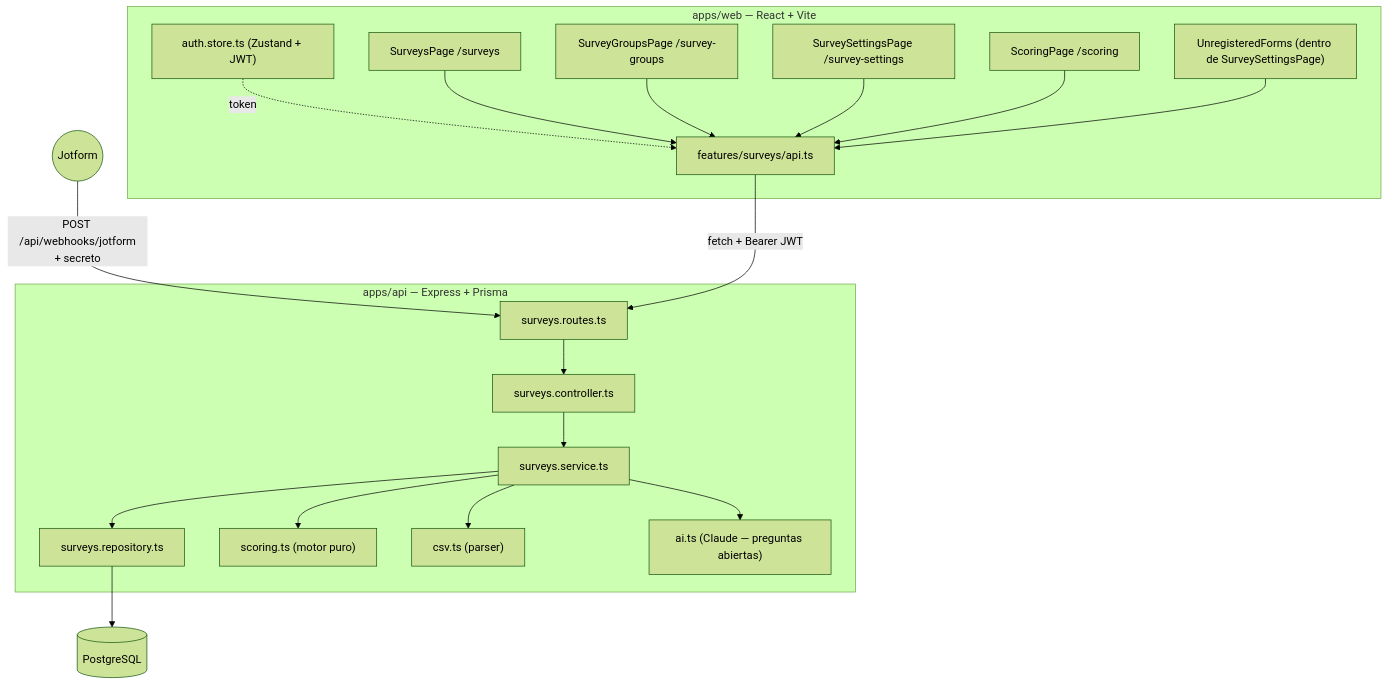
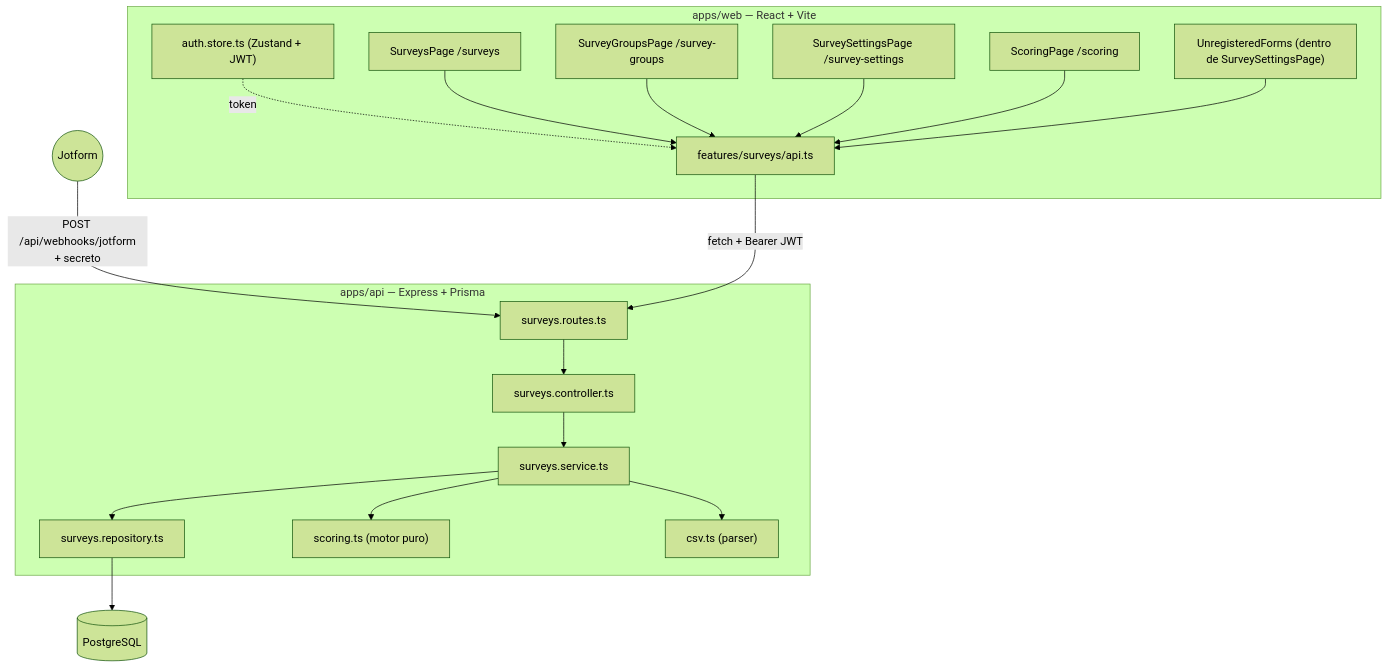
One commit to Gustav0AB/epi-web changed the first of 8 diagrams in docs/evaluaciones-flujo.md. Above: the diagram before and after it, drawn with Mermaid (forest theme). The commit also changed other lines of this file and 57 other files, not shown here.

````diff
--- a/docs/evaluaciones-flujo.md
+++ b/docs/evaluaciones-flujo.md
@@ -16,38 +16,36 @@
 ```mermaid
 graph TD
     subgraph Frontend["apps/web — React + Vite"]
         SurveysPage["SurveysPage /surveys"]
         SurveyGroupsPage["SurveyGroupsPage /survey-groups"]
         SurveySettingsPage["SurveySettingsPage /survey-settings"]
         ScoringPage["ScoringPage /scoring"]
         UnregisteredForms["UnregisteredForms (dentro de SurveySettingsPage)"]
         AuthStore["auth.store.ts (Zustand + JWT)"]
         SurveyApi["features/surveys/api.ts"]
     end
 
     subgraph Backend["apps/api — Express + Prisma"]
         Routes["surveys.routes.ts"]
         Controller["surveys.controller.ts"]
         Service["surveys.service.ts"]
         Repo["surveys.repository.ts"]
         Scoring["scoring.ts (motor puro)"]
         Csv["csv.ts (parser)"]
-        AI["ai.ts (Claude — preguntas abiertas)"]
     end
 
     Jotform((Jotform)) -->|"POST /api/webhooks/jotform<br/>+ secreto"| Routes
     SurveyApi -->|"fetch + Bearer JWT"| Routes
     AuthStore -.token.-> SurveyApi
 
     Routes --> Controller --> Service
     Service --> Scoring
     Service --> Csv
-    Service --> AI
     Service --> Repo --> DB[("PostgreSQL")]
 
     SurveysPage --> SurveyApi
     SurveyGroupsPage --> SurveyApi
     SurveySettingsPage --> SurveyApi
     ScoringPage --> SurveyApi
     UnregisteredForms --> SurveyApi
 ```
````
